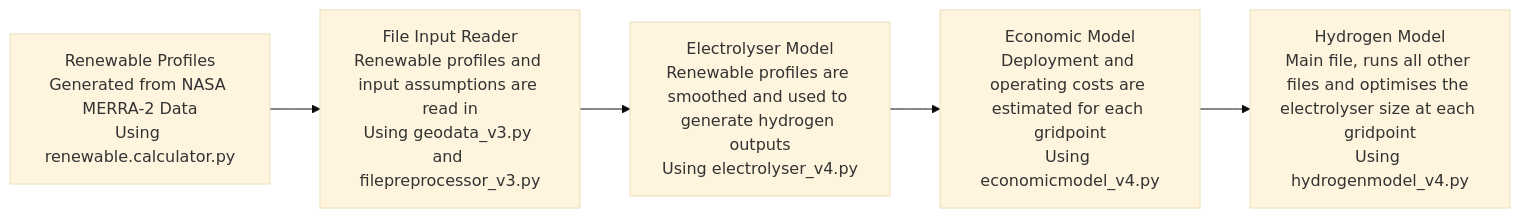
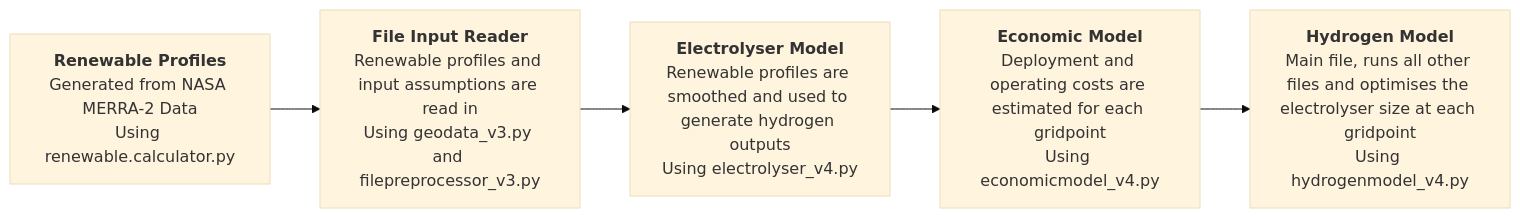
The diagram in README.md (LukeHatton21/HydrogenModel), drawn with Mermaid (base theme) before and after one commit.

````diff
--- a/README.md
+++ b/README.md
@@ -25,20 +25,20 @@
 ```mermaid
 %%{init: {"flowchart": {"htmlLabels": false}} }%%
 flowchart LR
-RenewableProfiles["`Renewable Profiles
+RenewableProfiles["`**Renewable Profiles**
     Generated from NASA MERRA-2 Data
     Using renewable.calculator.py`"]
-Files["`File Input Reader
+Files["`**File Input Reader**
     Renewable profiles and input assumptions are read in
     Using geodata_v3.py and filepreprocessor_v3.py`"]
-ElectrolyserModel["`Electrolyser Model
+ElectrolyserModel["`**Electrolyser Model**
     Renewable profiles are smoothed and used to generate hydrogen outputs
     Using electrolyser_v4.py`"]
-EconomicModel["`Economic Model
+EconomicModel["`**Economic Model**
     Deployment and operating costs are estimated for each gridpoint
     Using economicmodel_v4.py`"]
-hydrogenModel["`Hydrogen Model
+hydrogenModel["`**Hydrogen Model**
     Main file, runs all other files and optimises the electrolyser size at each gridpoint
     Using hydrogenmodel_v4.py`"]
     RenewableProfiles --> Files --> ElectrolyserModel --> EconomicModel --> hydrogenModel
 ```
````
